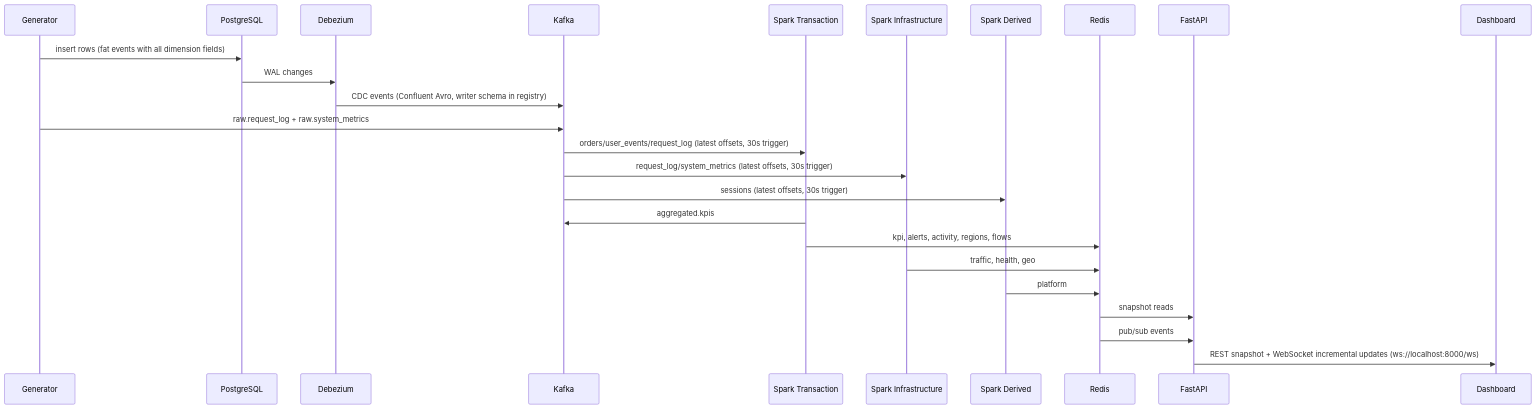
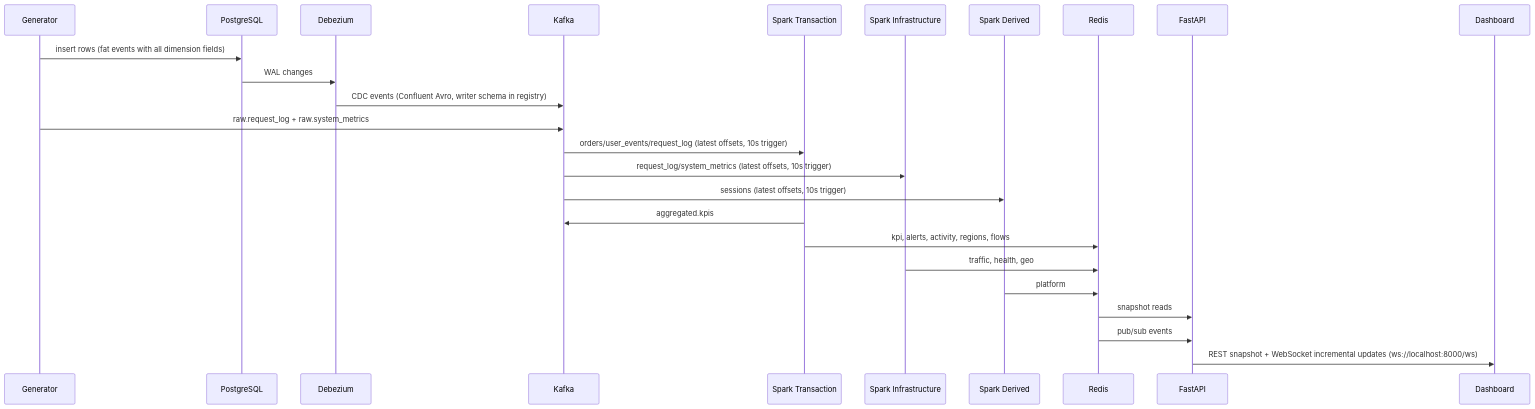
The fifth of 5 diagrams in FLOW.md (ANZER03/cdc-pipeline), drawn with Mermaid before and after one commit. The commit also changed other lines of this file and 3 other files, not shown here.

````diff
--- a/FLOW.md
+++ b/FLOW.md
@@ -418,31 +418,31 @@
 ```mermaid
 sequenceDiagram
     participant Gen as Generator
     participant PG as PostgreSQL
     participant DBZ as Debezium
     participant K as Kafka
     participant STX as Spark Transaction
     participant SINF as Spark Infrastructure
     participant SD as Spark Derived
     participant R as Redis
     participant API as FastAPI
     participant UI as Dashboard
 
     Gen->>PG: insert rows (fat events with all dimension fields)
     PG->>DBZ: WAL changes
     DBZ->>K: CDC events (Confluent Avro, writer schema in registry)
     Gen->>K: raw.request_log + raw.system_metrics
 
-    K->>STX: orders/user_events/request_log (latest offsets, 30s trigger)
-    K->>SINF: request_log/system_metrics (latest offsets, 30s trigger)
-    K->>SD: sessions (latest offsets, 30s trigger)
+    K->>STX: orders/user_events/request_log (latest offsets, 10s trigger)
+    K->>SINF: request_log/system_metrics (latest offsets, 10s trigger)
+    K->>SD: sessions (latest offsets, 10s trigger)
 
     STX->>K: aggregated.kpis
     STX->>R: kpi, alerts, activity, regions, flows
     SINF->>R: traffic, health, geo
     SD->>R: platform
 
     R->>API: snapshot reads
     R->>API: pub/sub events
     API->>UI: REST snapshot + WebSocket incremental updates (ws://localhost:8000/ws)
 ```
````
